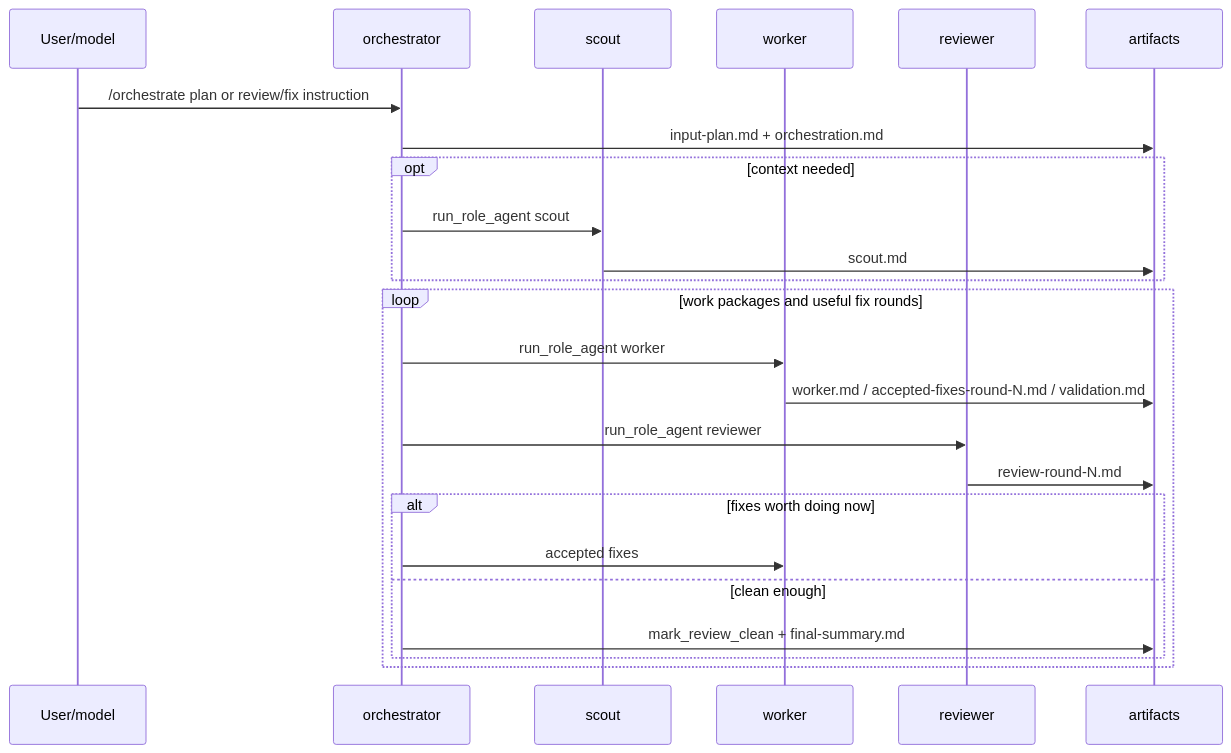
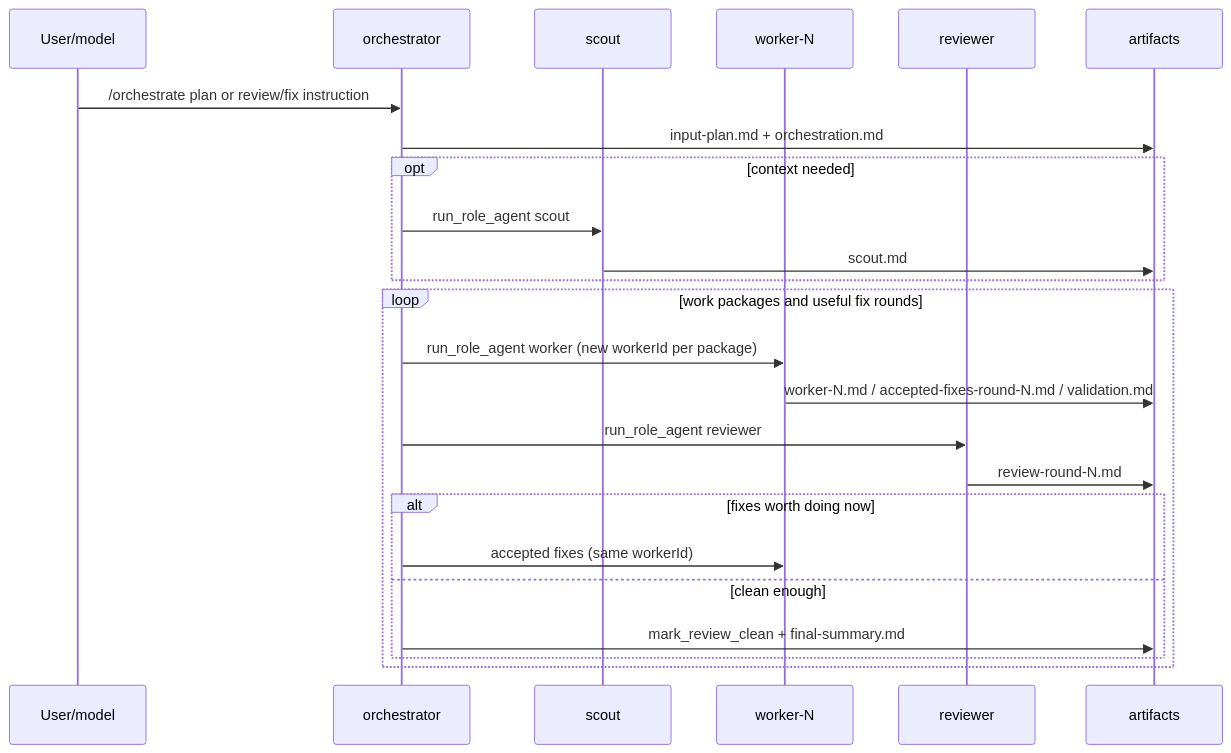
The third of 4 diagrams in README.md (SkipXS/pi-simple-subagents), drawn with Mermaid before and after one commit. The commit also changed other lines of this file and 9 other files, not shown here.

````diff
--- a/README.md
+++ b/README.md
@@ -170,29 +170,29 @@
 ```mermaid
 sequenceDiagram
   participant U as User/model
   participant O as orchestrator
   participant S as scout
-  participant W as worker
+  participant W as worker-N
   participant R as reviewer
   participant A as artifacts
 
   U->>O: /orchestrate plan or review/fix instruction
   O->>A: input-plan.md + orchestration.md
 
   opt context needed
     O->>S: run_role_agent scout
     S->>A: scout.md
   end
 
   loop work packages and useful fix rounds
-    O->>W: run_role_agent worker
-    W->>A: worker.md / accepted-fixes-round-N.md / validation.md
+    O->>W: run_role_agent worker (new workerId per package)
+    W->>A: worker-N.md / accepted-fixes-round-N.md / validation.md
     O->>R: run_role_agent reviewer
     R->>A: review-round-N.md
     alt fixes worth doing now
-      O->>W: accepted fixes
+      O->>W: accepted fixes (same workerId)
     else clean enough
       O->>A: mark_review_clean + final-summary.md
     end
   end
 ```
````
